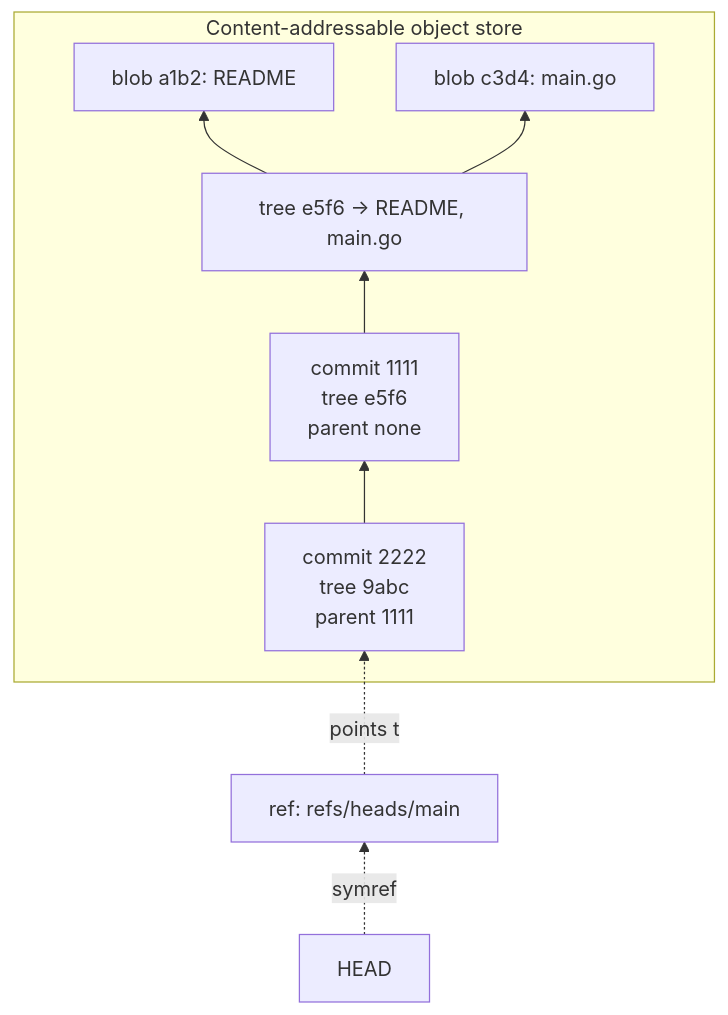
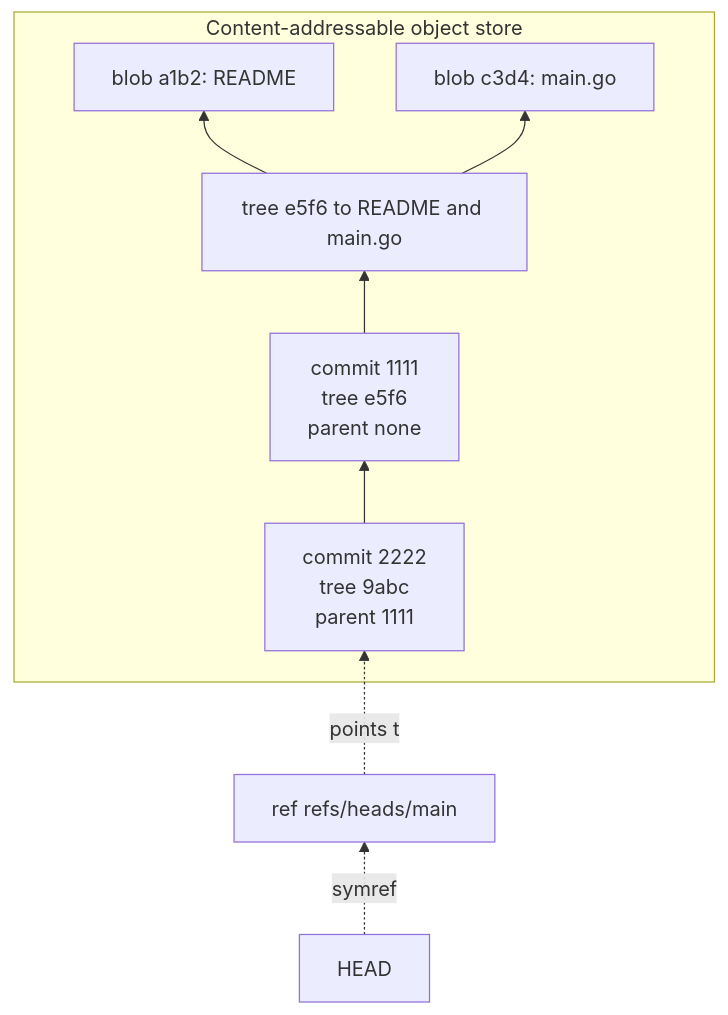
The first of 2 diagrams in Roadmap/Programming-Languages/code-craft/clean-code/25-clean-commits-and-version-control/professional.md (bakhod1r/SeniorProject), drawn with Mermaid before and after one commit. The commit also changed other lines of this file and 3 other files, not shown here.

````diff
--- a/Roadmap/Programming-Languages/code-craft/clean-code/25-clean-commits-and-version-control/professional.md
+++ b/Roadmap/Programming-Languages/code-craft/clean-code/25-clean-commits-and-version-control/professional.md
@@ -43,16 +43,16 @@
 ```mermaid
 graph BT
     subgraph Objects["Content-addressable object store"]
         b1[blob a1b2: README]
         b2[blob c3d4: main.go]
-        t1[tree e5f6 → README, main.go]
+        t1[tree e5f6 to README and main.go]
         c1[commit 1111<br/>tree e5f6<br/>parent none]
         c2[commit 2222<br/>tree 9abc<br/>parent 1111]
         t1 --> b1
         t1 --> b2
         c1 --> t1
         c2 --> c1
     end
-    main[ref: refs/heads/main] -.points to.-> c2
-    HEAD[HEAD] -.->|symref| main
+    main[ref refs/heads/main] -.points to.-> c2
+    HEAD[HEAD] -.symref.-> main
 ```
````
